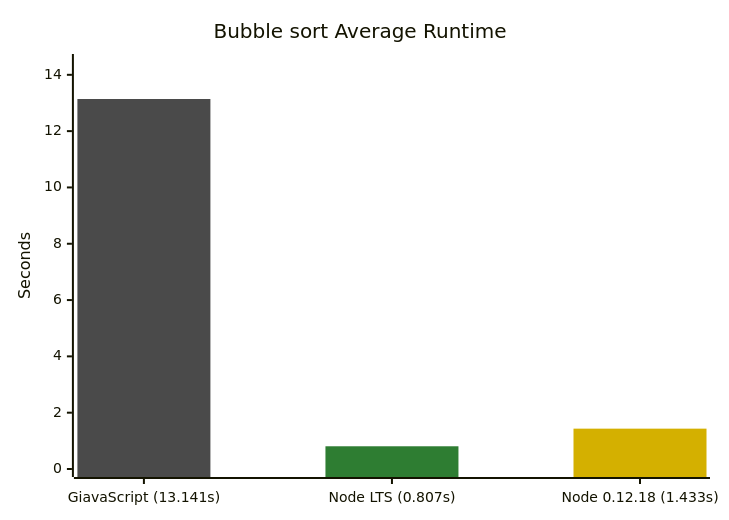
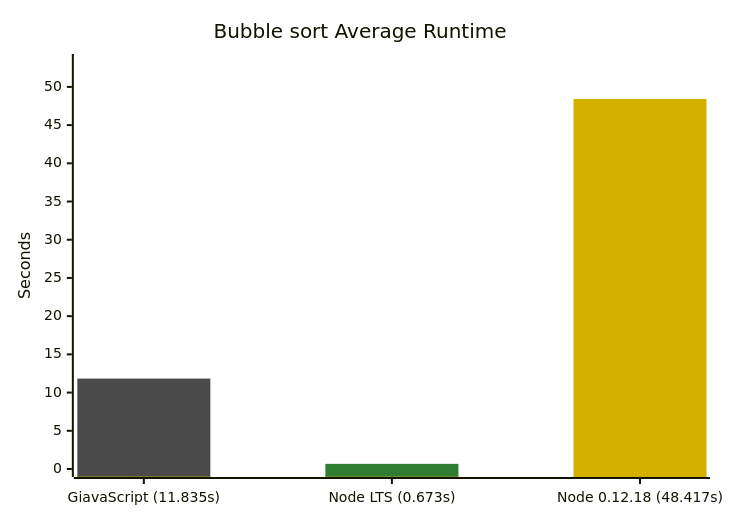
The first of 5 diagrams in README.md (GiavaScript/GiavaScript), drawn with Mermaid before and after one commit. The commit also changed other lines of this file and 2 other files, not shown here.

````diff
--- a/README.md
+++ b/README.md
@@ -79,10 +79,10 @@
 ```mermaid
 %%{init: {"themeVariables": {"xyChart": {"plotColorPalette": "#4a4a4a, #2e7d32, #d4b000"}}}}%%
 xychart-beta
     title "Bubble sort Average Runtime"
-    x-axis ["GiavaScript (13.141s)", "Node LTS (0.807s)", "Node 0.12.18 (1.433s)"]
-    y-axis "Seconds" 0 --> 14.4551
-    bar [13.141, -1, -1]
-    bar [-1, 0.807, -1]
-    bar [-1, -1, 1.433]
+    x-axis ["GiavaScript (11.835s)", "Node LTS (0.673s)", "Node 0.12.18 (48.417s)"]
+    y-axis "Seconds" 0 --> 53.2587
+    bar [11.835, -1, -1]
+    bar [-1, 0.673, -1]
+    bar [-1, -1, 48.417]
 ```
````
